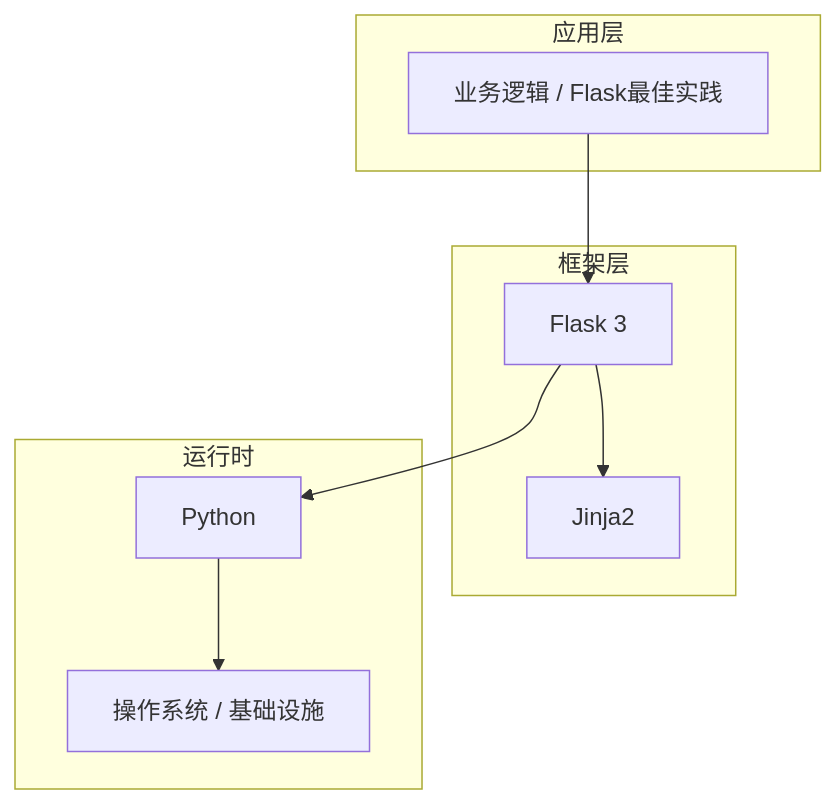
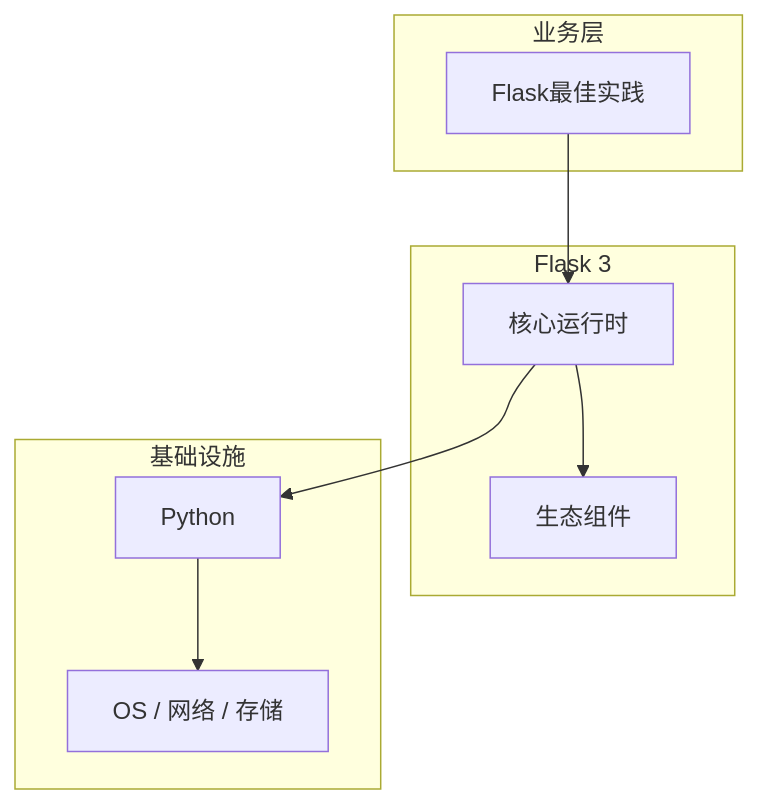
The diagram in articles/Flask/chapters/056-Flask最佳实践核心概念与原理.md (yanggan2015/knowledge-json-v2), drawn with Mermaid before and after one commit. The commit also changed other lines of this file and 10127 other files, not shown here.

````diff
--- a/articles/Flask/chapters/056-Flask最佳实践核心概念与原理.md
+++ b/articles/Flask/chapters/056-Flask最佳实践核心概念与原理.md
@@ -45,18 +34,18 @@
 ```mermaid
 graph TB
-    subgraph 应用层
-        A[业务逻辑 / Flask最佳实践]
+    subgraph 业务层
+        A[Flask最佳实践]
     end
-    subgraph 框架层
-        B[Flask 3]
-        C[Jinja2]
+    subgraph Flask 3
+        B[核心运行时]
+        C[生态组件]
     end
-    subgraph 运行时
+    subgraph 基础设施
         D[Python]
-        E[操作系统 / 基础设施]
+        E[OS / 网络 / 存储]
     end
     A --> B
     B --> C
     B --> D
     D --> E
 ```
````
